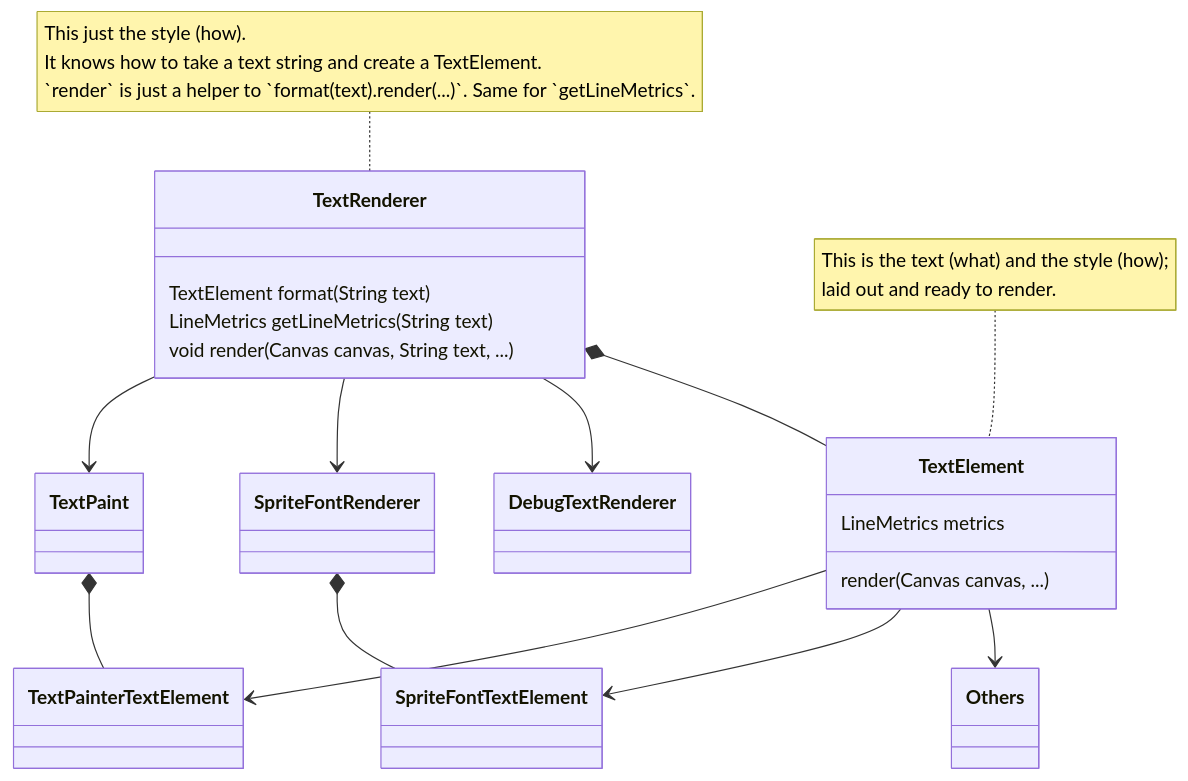
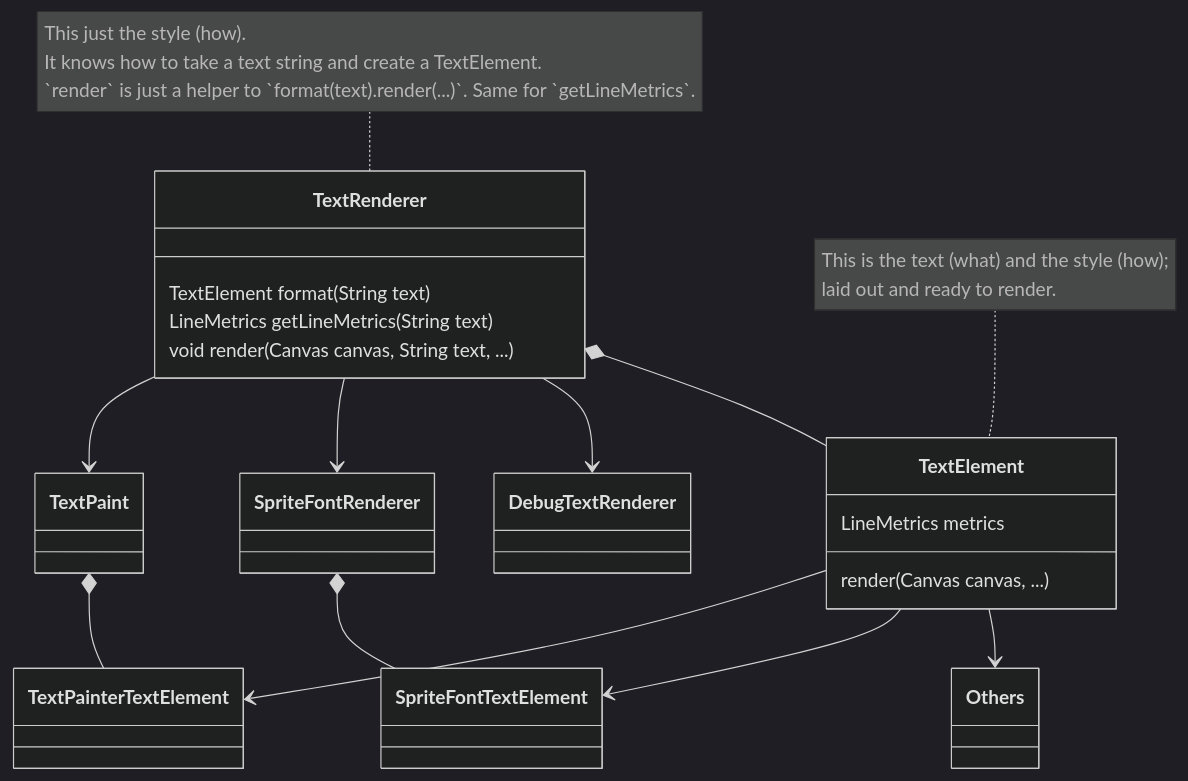
One commit to flame-engine/flame changed the first of 3 diagrams in doc/flame/rendering/text_rendering.md. Above: the diagram before and after it, drawn with Mermaid. The commit also changed other lines of this file and 39 other files, not shown here.

````diff
--- a/doc/flame/rendering/text_rendering.md
+++ b/doc/flame/rendering/text_rendering.md
@@ -129,36 +129,37 @@
 ```mermaid
+%%{init: { 'theme': 'dark' } }%%
 classDiagram
     %% renderers
     note for TextRenderer "This just the style (how).
     It knows how to take a text string and create a TextElement.
     `render` is just a helper to `format(text).render(...)`. Same for `getLineMetrics`."
     class TextRenderer {
         TextElement format(String text)
         LineMetrics getLineMetrics(String text)
         void render(Canvas canvas, String text, ...)
     }
     class TextPaint
     class SpriteFontRenderer
     class DebugTextRenderer
     
     %% elements
     class TextElement {
         LineMetrics metrics
         render(Canvas canvas, ...)
     }
     class TextPainterTextElement
         
     TextRenderer --> TextPaint
     TextRenderer --> SpriteFontRenderer
     TextRenderer --> DebugTextRenderer
 
     TextRenderer *-- TextElement
     TextPaint *-- TextPainterTextElement
     SpriteFontRenderer *-- SpriteFontTextElement
 
     note for TextElement "This is the text (what) and the style (how);
     laid out and ready to render."
     TextElement --> TextPainterTextElement
     TextElement --> SpriteFontTextElement
     TextElement --> Others
 ```
````
